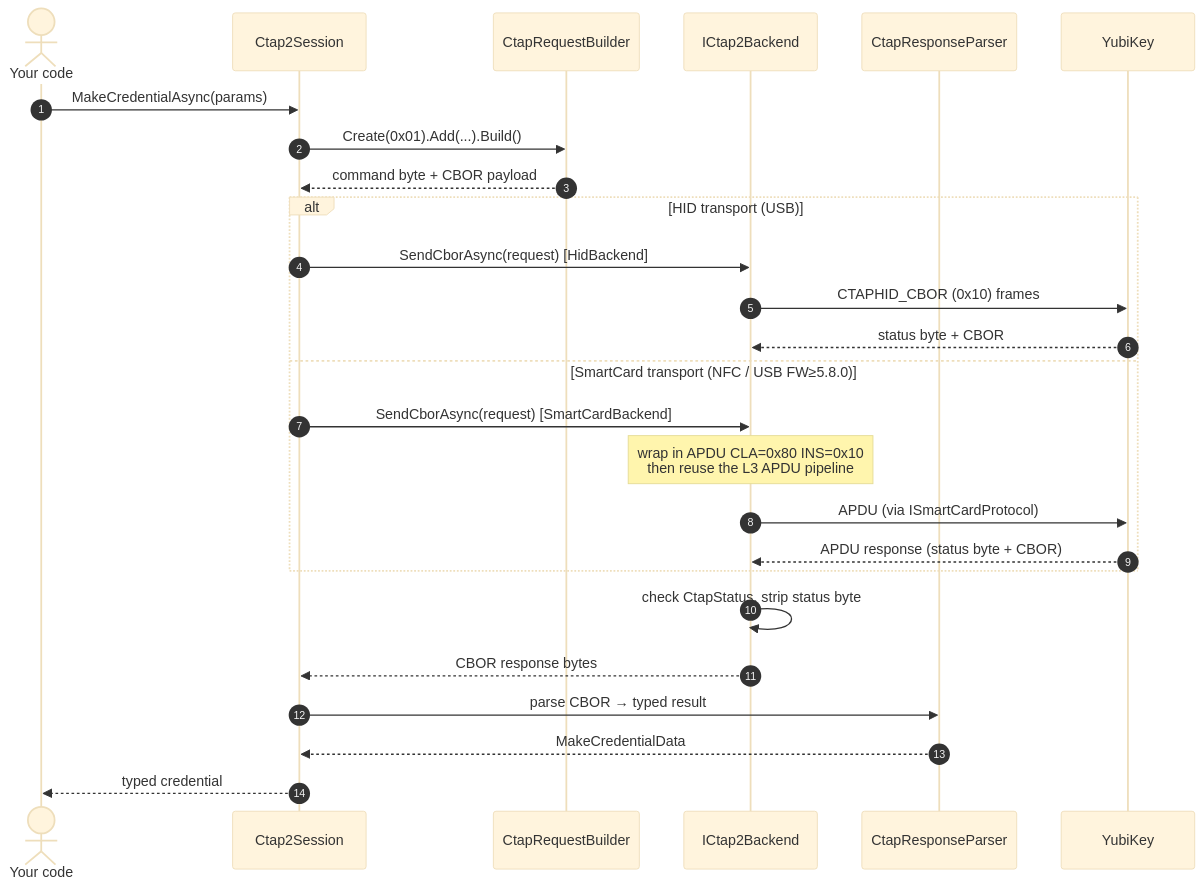
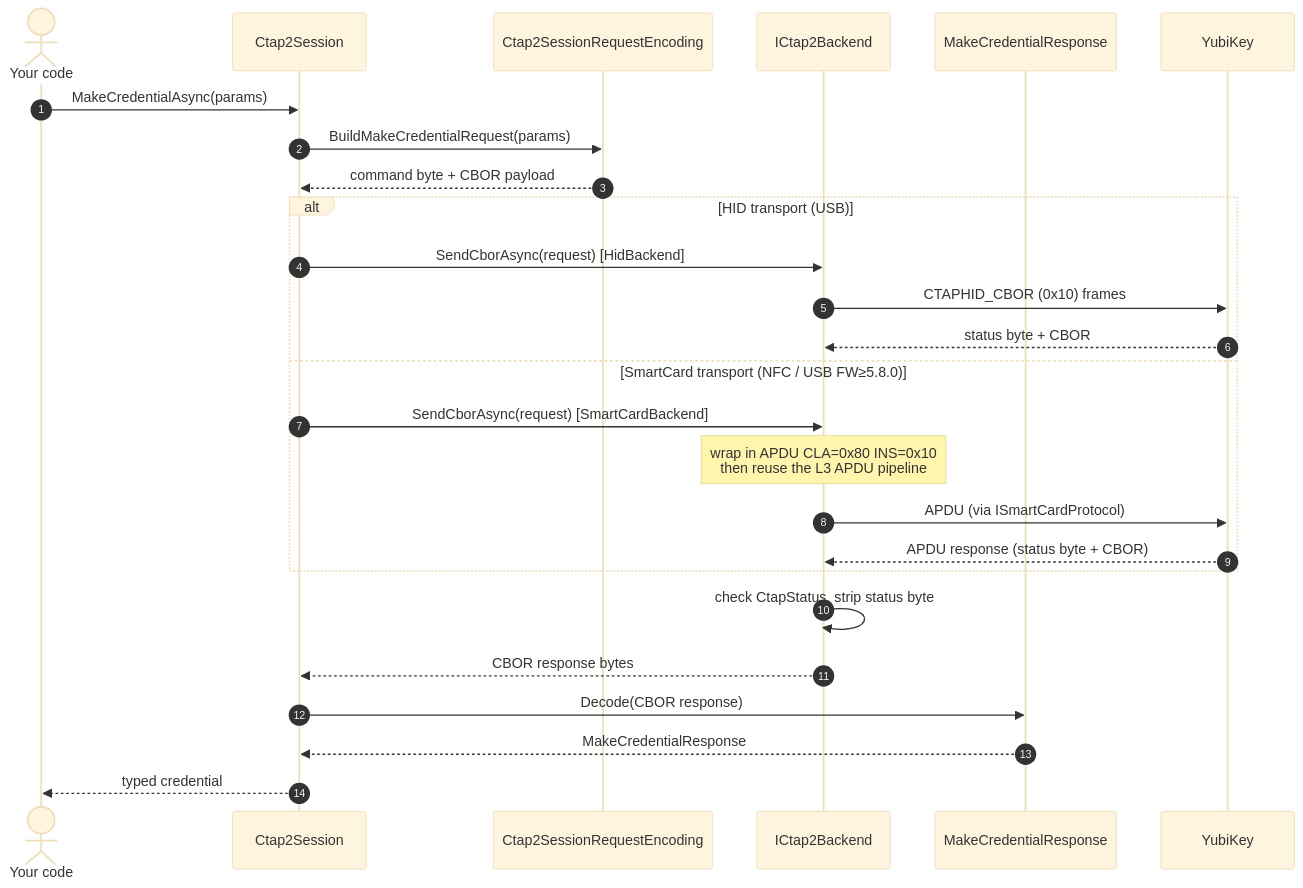
One commit to Yubico/Yubico.NET.SDK changed the fifth of 7 diagrams in docs/architecture/sdk-architecture-diagrams.md. Above: the diagram before and after it, drawn with Mermaid (base theme). The commit also changed other lines of this file and 708 other files, not shown here.

````diff
--- a/docs/architecture/sdk-architecture-diagrams.md
+++ b/docs/architecture/sdk-architecture-diagrams.md
@@ -241,29 +244,29 @@
 ```mermaid
 sequenceDiagram
     autonumber
     actor Caller as Your code
     participant Sess as Ctap2Session
-    participant Build as CtapRequestBuilder
+    participant Build as Ctap2SessionRequestEncoding
     participant Back as ICtap2Backend
-    participant Parse as CtapResponseParser
+    participant Parse as MakeCredentialResponse
     participant HW as YubiKey
 
     Caller->>Sess: MakeCredentialAsync(params)
-    Sess->>Build: Create(0x01).Add(...).Build()
+    Sess->>Build: BuildMakeCredentialRequest(params)
     Build-->>Sess: command byte + CBOR payload
     alt HID transport (USB)
         Sess->>Back: SendCborAsync(request) [HidBackend]
         Back->>HW: CTAPHID_CBOR (0x10) frames
         HW-->>Back: status byte + CBOR
     else SmartCard transport (NFC / USB FW≥5.8.0)
         Sess->>Back: SendCborAsync(request) [SmartCardBackend]
         Note over Back: wrap in APDU CLA=0x80 INS=0x10<br/>then reuse the L3 APDU pipeline
         Back->>HW: APDU (via ISmartCardProtocol)
         HW-->>Back: APDU response (status byte + CBOR)
     end
     Back->>Back: check CtapStatus, strip status byte
     Back-->>Sess: CBOR response bytes
-    Sess->>Parse: parse CBOR → typed result
-    Parse-->>Sess: MakeCredentialData
+    Sess->>Parse: Decode(CBOR response)
+    Parse-->>Sess: MakeCredentialResponse
     Sess-->>Caller: typed credential
 ```
````
